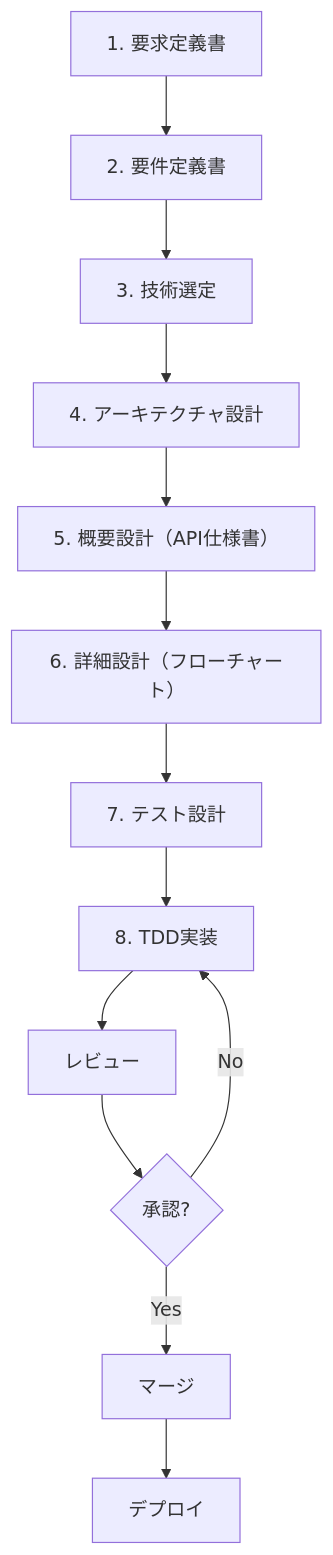
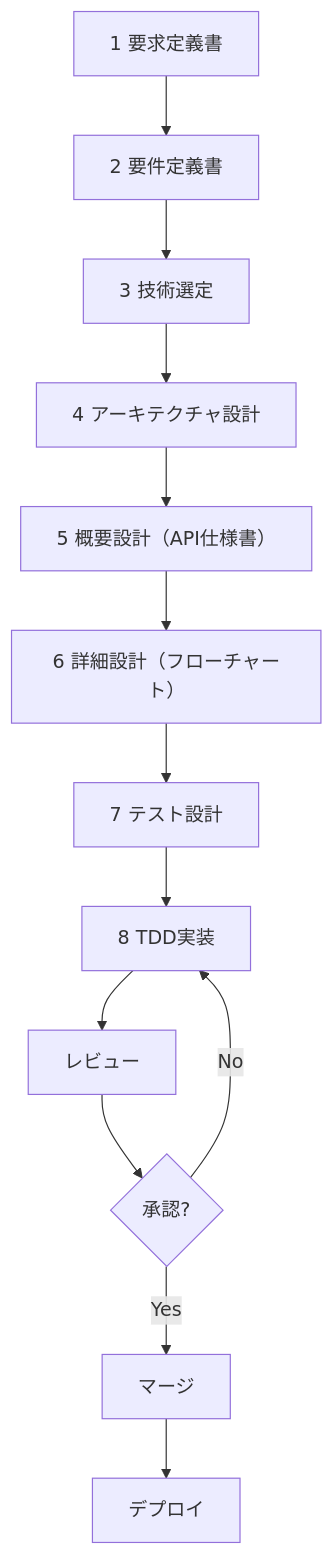
Before and after one commit to norinoriver/ai-multi-agent: the diagram in docs/development-flow.md, drawn with Mermaid.

Commit message:
fix: Mermaid図のMarkdownリスト記法との競合を修正
- 数字の後のピリオドを削除（1. → 1）
- Markdownパーサーがリストとして誤解釈する問題を解決
- development-flow.mdの8段階フロー図を修正

🤖 Generated with [Claude Code](https://claude.ai/code)

````diff
--- a/docs/development-flow.md
+++ b/docs/development-flow.md
@@ -5,15 +5,15 @@
 ```mermaid
 flowchart TD
-    A["1. 要求定義書"] --> B["2. 要件定義書"]
-    B --> C["3. 技術選定"]
-    C --> D["4. アーキテクチャ設計"]
-    D --> E["5. 概要設計（API仕様書）"]
-    E --> F["6. 詳細設計（フローチャート）"]
-    F --> G["7. テスト設計"]
-    G --> H["8. TDD実装"]
+    A["1 要求定義書"] --> B["2 要件定義書"]
+    B --> C["3 技術選定"]
+    C --> D["4 アーキテクチャ設計"]
+    D --> E["5 概要設計（API仕様書）"]
+    E --> F["6 詳細設計（フローチャート）"]
+    F --> G["7 テスト設計"]
+    G --> H["8 TDD実装"]
     H --> I["レビュー"]
     I --> J{"承認?"}
     J -->|Yes| K["マージ"]
     J -->|No| H
     K --> L["デプロイ"]
 ```
````
